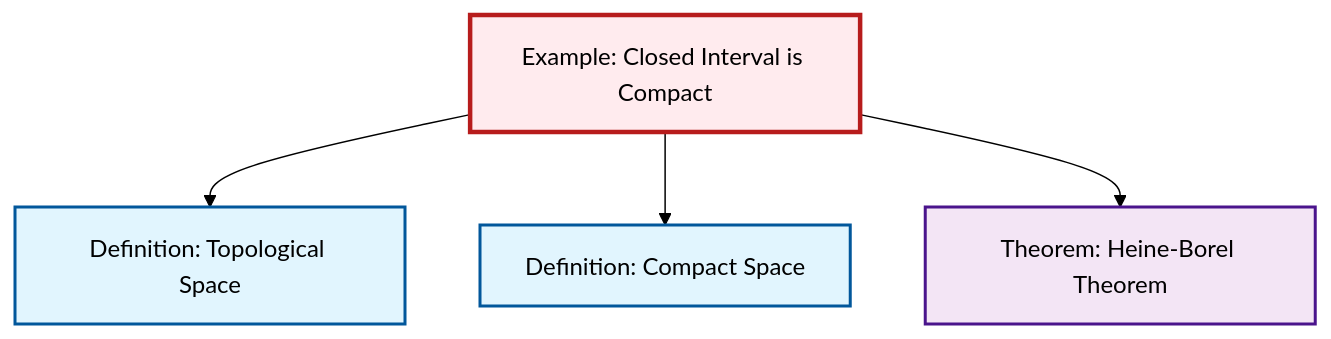
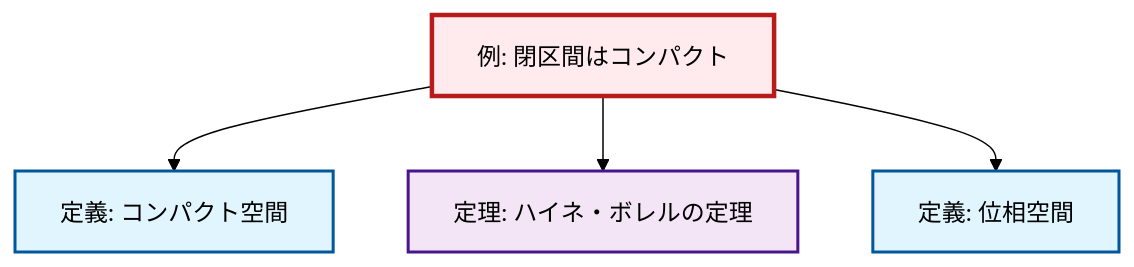
Before and after one commit to RK0429/ModernMath: the diagram in content/ja/topology/ex-closed-interval-compact.qmd, drawn with Mermaid (forest theme). The commit also changed 1069 other files, not shown here.

````diff
--- a/content/ja/topology/ex-closed-interval-compact.qmd
+++ b/content/ja/topology/ex-closed-interval-compact.qmd
@@ -55,20 +55,20 @@
 ```{mermaid}
 %%| fig-cap: "Local dependency graph"
 graph TD
     classDef definition fill:#e1f5fe,stroke:#01579b,stroke-width:2px
     classDef theorem fill:#f3e5f5,stroke:#4a148c,stroke-width:2px
     classDef axiom fill:#fff3e0,stroke:#e65100,stroke-width:2px
     classDef example fill:#e8f5e9,stroke:#1b5e20,stroke-width:2px
     classDef current fill:#ffebee,stroke:#b71c1c,stroke-width:3px
-    ex-closed-interval-compact["Example: Closed Interval is Compact"]:::example
-    thm-heine-borel["Theorem: Heine-Borel Theorem"]:::theorem
-    def-compact["Definition: Compact Space"]:::definition
-    def-topological-space["Definition: Topological Space"]:::definition
-    ex-closed-interval-compact --> def-topological-space
+    def-topological-space["定義: 位相空間"]:::definition
+    thm-heine-borel["定理: ハイネ・ボレルの定理"]:::theorem
+    def-compact["定義: コンパクト空間"]:::definition
+    ex-closed-interval-compact["例: 閉区間はコンパクト"]:::example
     ex-closed-interval-compact --> def-compact
     ex-closed-interval-compact --> thm-heine-borel
+    ex-closed-interval-compact --> def-topological-space
     class ex-closed-interval-compact current
-    click thm-heine-borel "thm-heine-borel.html" "Theorem: Heine-Borel Theoremへ"
-    click def-compact "def-compact.html" "Definition: Compact Spaceへ"
-    click def-topological-space "def-topological-space.html" "Definition: Topological Spaceへ"
+    click def-topological-space "def-topological-space.html" "位相空間の定義へ"
+    click thm-heine-borel "thm-heine-borel.html" "ハイネ・ボレルの定理の定理へ"
+    click def-compact "def-compact.html" "コンパクト空間の定義へ"
 ```
````
